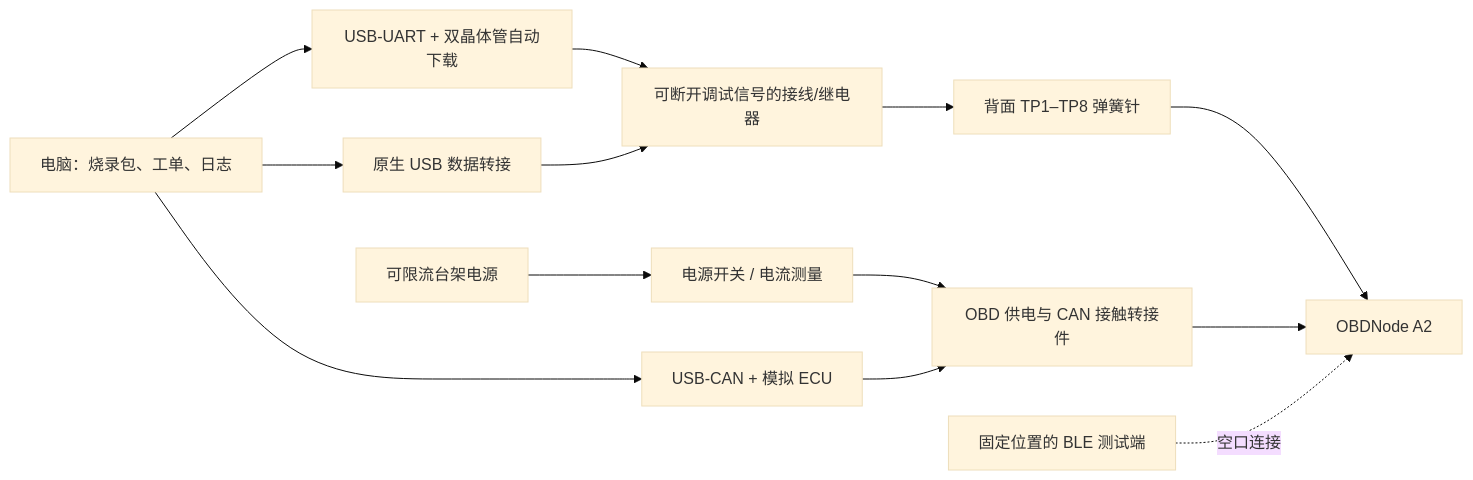
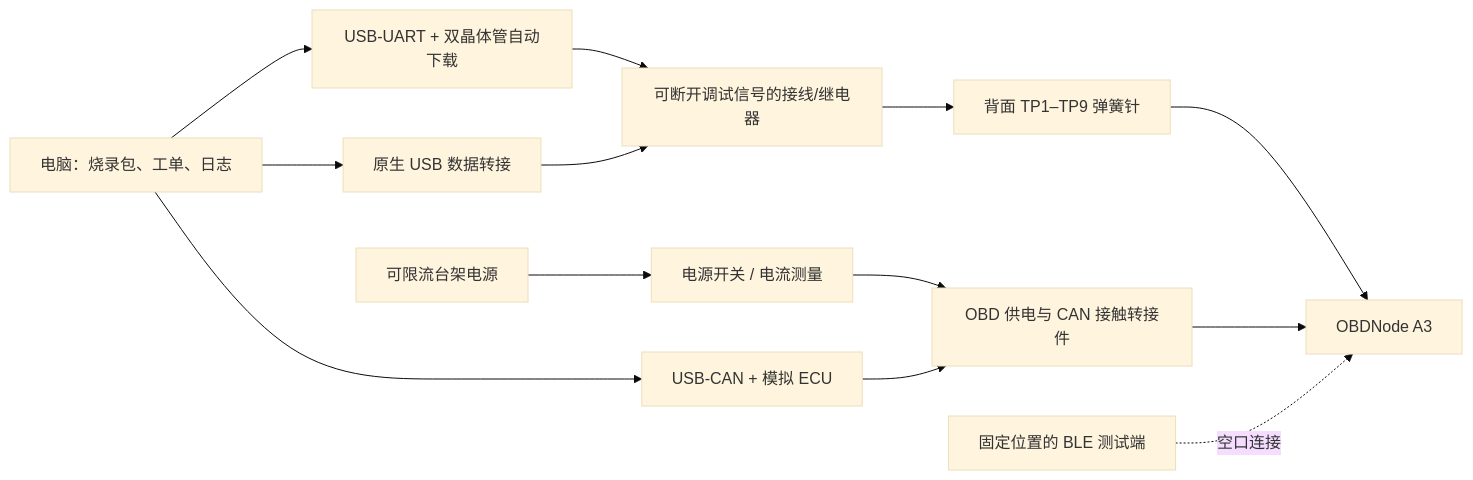
Before and after one commit to sundaydayhao/odb2-car-display: the diagram in hardware/obd-programming-fixture/README.md, drawn with Mermaid (base theme). The commit also changed other lines of this file and 22 other files, not shown here.

````diff
--- a/hardware/obd-programming-fixture/README.md
+++ b/hardware/obd-programming-fixture/README.md
@@ -9,15 +9,15 @@
 ```mermaid
 flowchart LR
     PC[电脑：烧录包、工单、日志] --> UART[USB-UART + 双晶体管自动下载]
     PC --> USB[原生 USB 数据转接]
     PC --> CAN[USB-CAN + 模拟 ECU]
     PS[可限流台架电源] --> SW[电源开关 / 电流测量]
     UART --> ISO[可断开调试信号的接线/继电器]
     USB --> ISO
-    ISO --> TP[背面 TP1–TP8 弹簧针]
+    ISO --> TP[背面 TP1–TP9 弹簧针]
     SW --> OBD[OBD 供电与 CAN 接触转接件]
     CAN --> OBD
-    TP --> DUT[OBDNode A2]
+    TP --> DUT[OBDNode A3]
     OBD --> DUT
     BLE[固定位置的 BLE 测试端] -.空口连接.-> DUT
 ```
````
